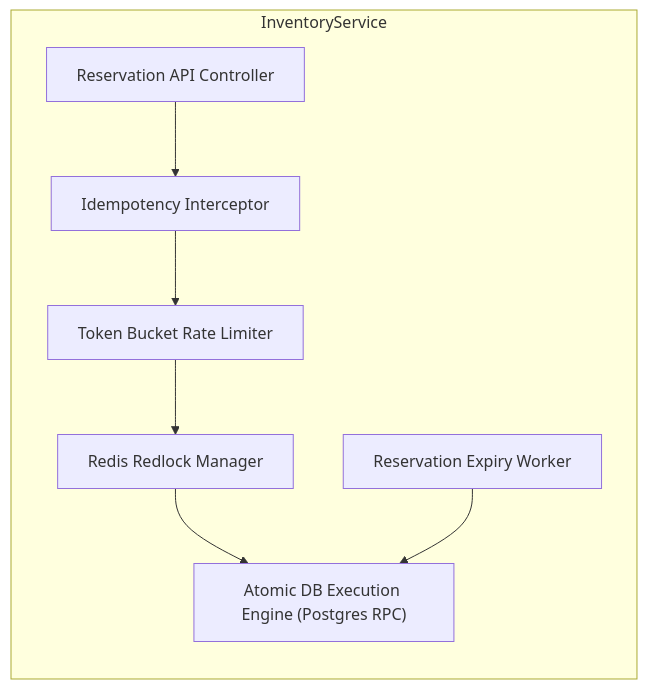
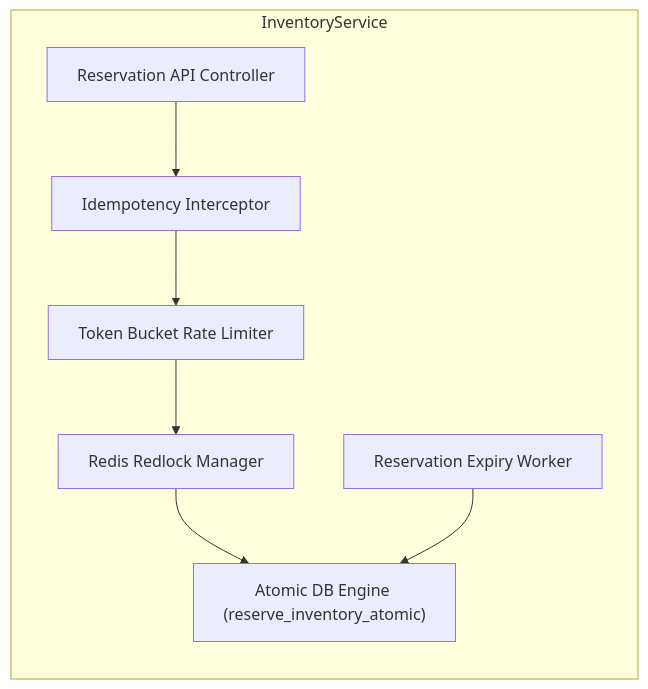
The third of 3 diagrams in 02_HLD/HLD.md (KungumapriyaaMKP/Velora-s-Flash-Forge), drawn with Mermaid before and after one commit. The commit also changed other lines of this file and 17 other files, not shown here.

Commit message:
feat: update project name to Velora's Flash Forge, add high-res architecture diagram images and tech stack justification matrix

````diff
--- a/02_HLD/HLD.md
+++ b/02_HLD/HLD.md
@@ -85,17 +94,17 @@
 ```mermaid
 graph LR
     subgraph InventoryService
         APIController["Reservation API Controller"]
         IdempotencyInterceptor["Idempotency Interceptor"]
         RateLimiter["Token Bucket Rate Limiter"]
         LockManager["Redis Redlock Manager"]
-        AtomicExecutor["Atomic DB Execution Engine (Postgres RPC)"]
+        AtomicExecutor["Atomic DB Engine (reserve_inventory_atomic)"]
         ExpiryScheduler["Reservation Expiry Worker"]
     end
 
     APIController --> IdempotencyInterceptor
     IdempotencyInterceptor --> RateLimiter
     RateLimiter --> LockManager
     LockManager --> AtomicExecutor
     ExpiryScheduler --> AtomicExecutor
 ```
````
